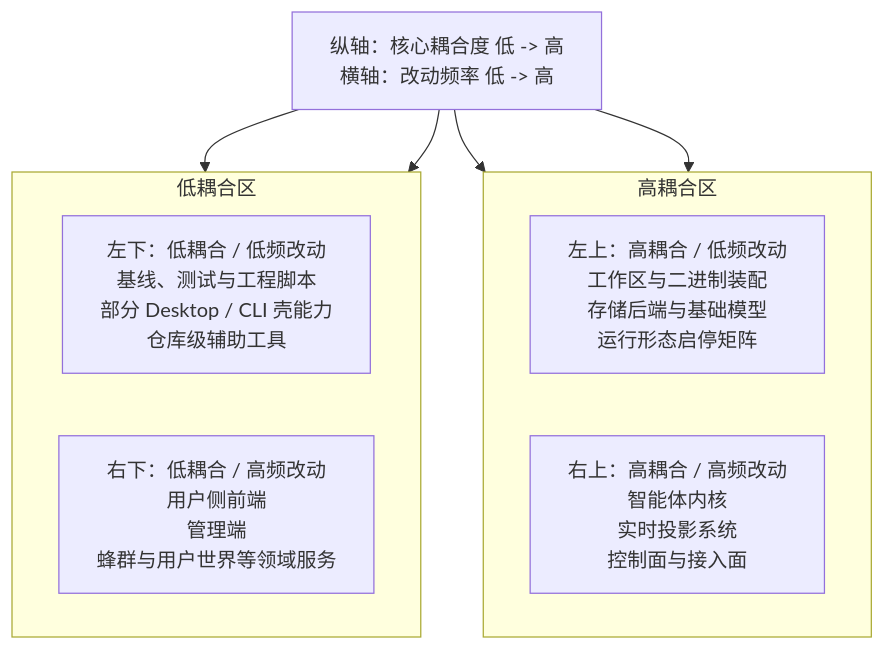
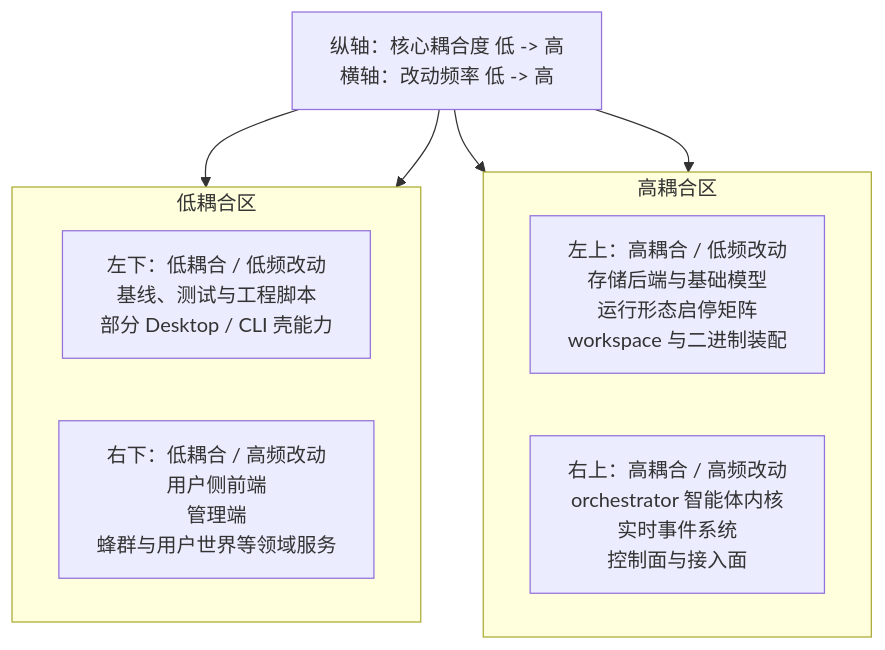
Before and after one commit to ylsdamxssjxxdd/wunder: the third of 3 diagrams in docs/设计文档/01-系统总体设计.md, drawn with Mermaid. The commit also changed other lines of this file and 66 other files, not shown here.

````diff
--- a/docs/设计文档/01-系统总体设计.md
+++ b/docs/设计文档/01-系统总体设计.md
@@ -269,21 +239,21 @@
 ```mermaid
 flowchart TB
   Axis["纵轴：核心耦合度 低 -> 高<br/>横轴：改动频率 低 -> 高"]
 
   subgraph RowTop["高耦合区"]
     direction LR
-    Q1["左上：高耦合 / 低频改动<br/>工作区与二进制装配<br/>存储后端与基础模型<br/>运行形态启停矩阵"]
-    Q2["右上：高耦合 / 高频改动<br/>智能体内核<br/>实时投影系统<br/>控制面与接入面"]
+    Q1["左上：高耦合 / 低频改动<br/>存储后端与基础模型<br/>运行形态启停矩阵<br/>workspace 与二进制装配"]
+    Q2["右上：高耦合 / 高频改动<br/>orchestrator 智能体内核<br/>实时事件系统<br/>控制面与接入面"]
   end
 
   subgraph RowBottom["低耦合区"]
     direction LR
-    Q3["左下：低耦合 / 低频改动<br/>基线、测试与工程脚本<br/>部分 Desktop / CLI 壳能力<br/>仓库级辅助工具"]
+    Q3["左下：低耦合 / 低频改动<br/>基线、测试与工程脚本<br/>部分 Desktop / CLI 壳能力"]
     Q4["右下：低耦合 / 高频改动<br/>用户侧前端<br/>管理端<br/>蜂群与用户世界等领域服务"]
   end
 
   Axis --> Q1
   Axis --> Q2
   Axis --> Q3
   Axis --> Q4
 ```
````
